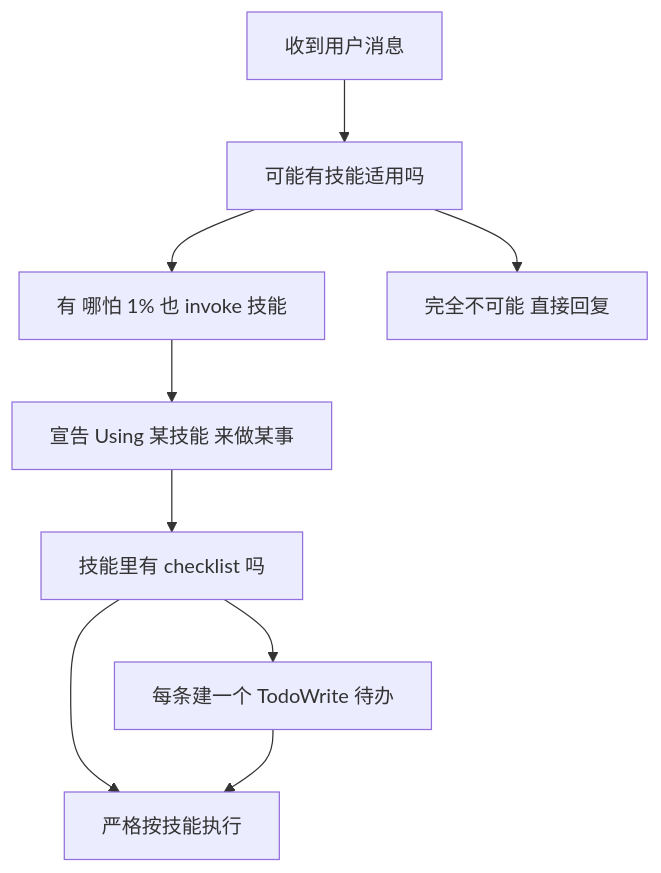
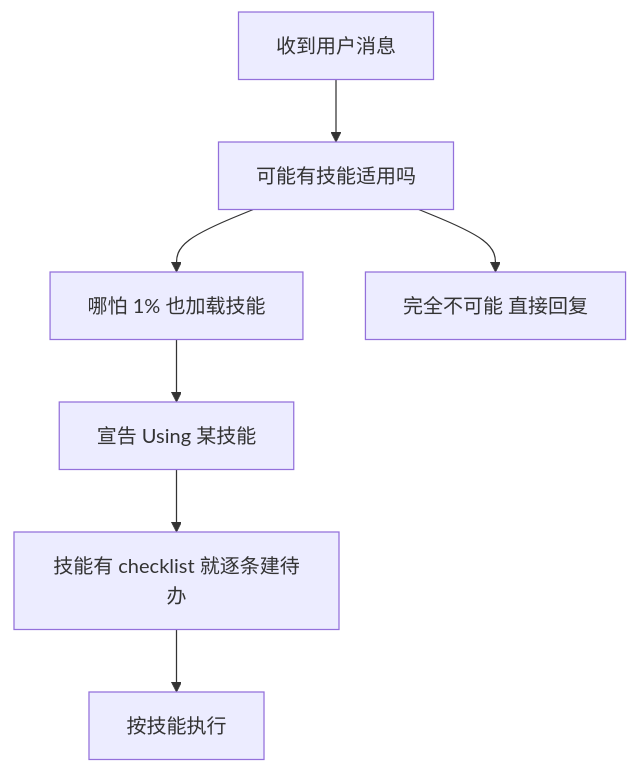
The second of 4 diagrams in book/02-superpowers.md (diguike/book-source-reading), drawn with Mermaid before and after one commit. The commit also changed other lines of this file and 14 other files, not shown here.

````diff
--- a/book/02-superpowers.md
+++ b/book/02-superpowers.md
@@ -172,11 +160,9 @@
 ```mermaid
 graph TB
     A[收到用户消息] --> B[可能有技能适用吗]
-    B --> C[有 哪怕 1% 也 invoke 技能]
+    B --> C[哪怕 1% 也加载技能]
     B --> D[完全不可能 直接回复]
-    C --> E[宣告 Using 某技能 来做某事]
-    E --> F[技能里有 checklist 吗]
-    F --> G[每条建一个 TodoWrite 待办]
-    F --> H[严格按技能执行]
-    G --> H
+    C --> E[宣告 Using 某技能]
+    E --> F[技能有 checklist 就逐条建待办]
+    F --> H[按技能执行]
 ```
````
